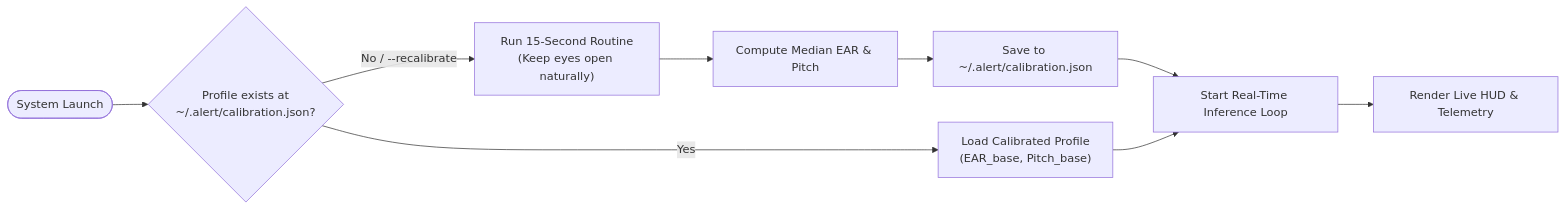
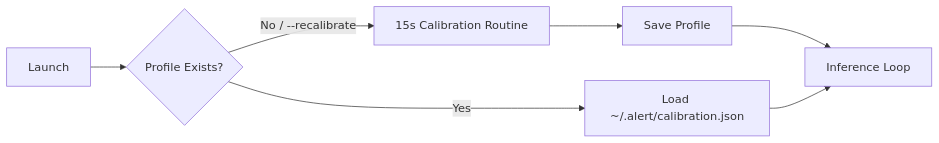
One commit to zoro1126/ALERT changed the second of 3 diagrams in README.md. Above: the diagram before and after it, drawn with Mermaid. The commit also changed other lines of this file, not shown here.

Commit message:
style(readme): simplify mermaid diagrams and remove custom colors

````diff
--- a/README.md
+++ b/README.md
@@ -209,11 +179,9 @@
 ```mermaid
 flowchart LR
-    START([System Launch]) --> CHECK{"Profile exists at<br>~/.alert/calibration.json?"}
-    CHECK -->|Yes| LOAD["Load Calibrated Profile<br>(EAR_base, Pitch_base)"]
-    CHECK -->|No / --recalibrate| CALIB["Run 15-Second Routine<br>(Keep eyes open naturally)"]
-    CALIB --> COMPUTE["Compute Median EAR & Pitch"]
-    COMPUTE --> SAVE["Save to ~/.alert/calibration.json"]
-    SAVE --> LOOP["Start Real-Time Inference Loop"]
-    LOAD --> LOOP
-    LOOP --> HUD["Render Live HUD & Telemetry"]
+    A[Launch] --> B{Profile Exists?}
+    B -->|Yes| C[Load ~/.alert/calibration.json]
+    B -->|No / --recalibrate| D[15s Calibration Routine]
+    D --> E[Save Profile]
+    E --> F[Inference Loop]
+    C --> F
 ```
````
